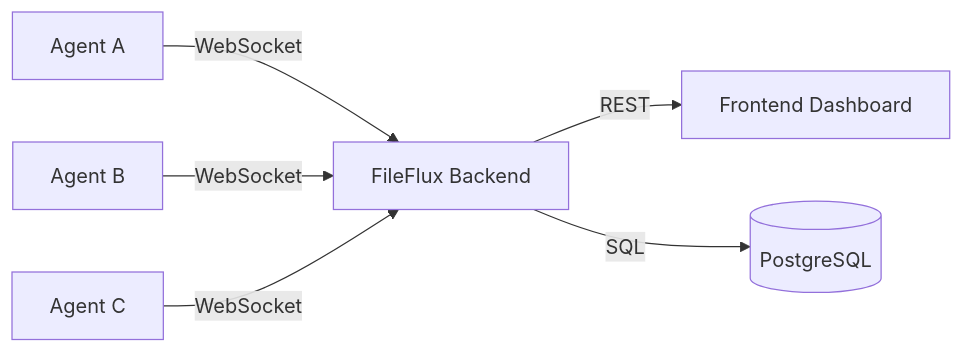
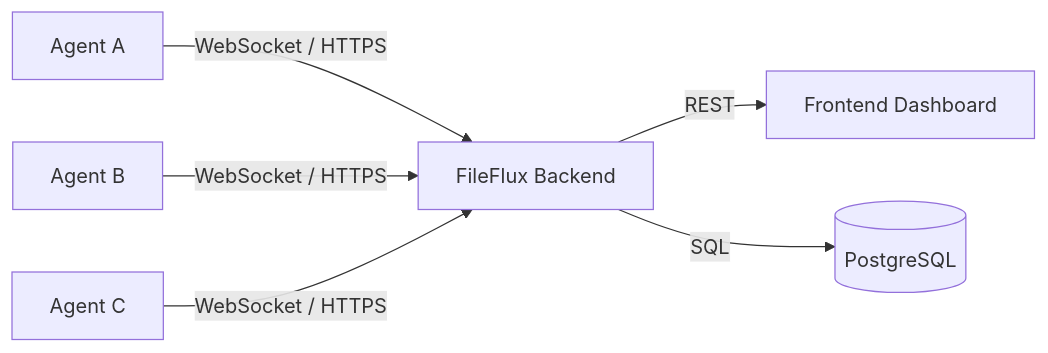
Before and after one commit to stefanposs/file-flux: the diagram in assets/mkdocs/index.md, drawn with Mermaid. The commit also changed other lines of this file and 46 other files, not shown here.

First line of the commit message:
docs: highlight dual transport (WebSocket + HTTPS) across architecture docs

````diff
--- a/assets/mkdocs/index.md
+++ b/assets/mkdocs/index.md
@@ -45,8 +46,8 @@
 ```mermaid
 graph LR
-    A[Agent A] -->|WebSocket| B[FileFlux Backend]
-    C[Agent B] -->|WebSocket| B
-    D[Agent C] -->|WebSocket| B
+    A[Agent A] -->|WebSocket / HTTPS| B[FileFlux Backend]
+    C[Agent B] -->|WebSocket / HTTPS| B
+    D[Agent C] -->|WebSocket / HTTPS| B
     B -->|REST| E[Frontend Dashboard]
     B -->|SQL| F[(PostgreSQL)]
 ```
````
